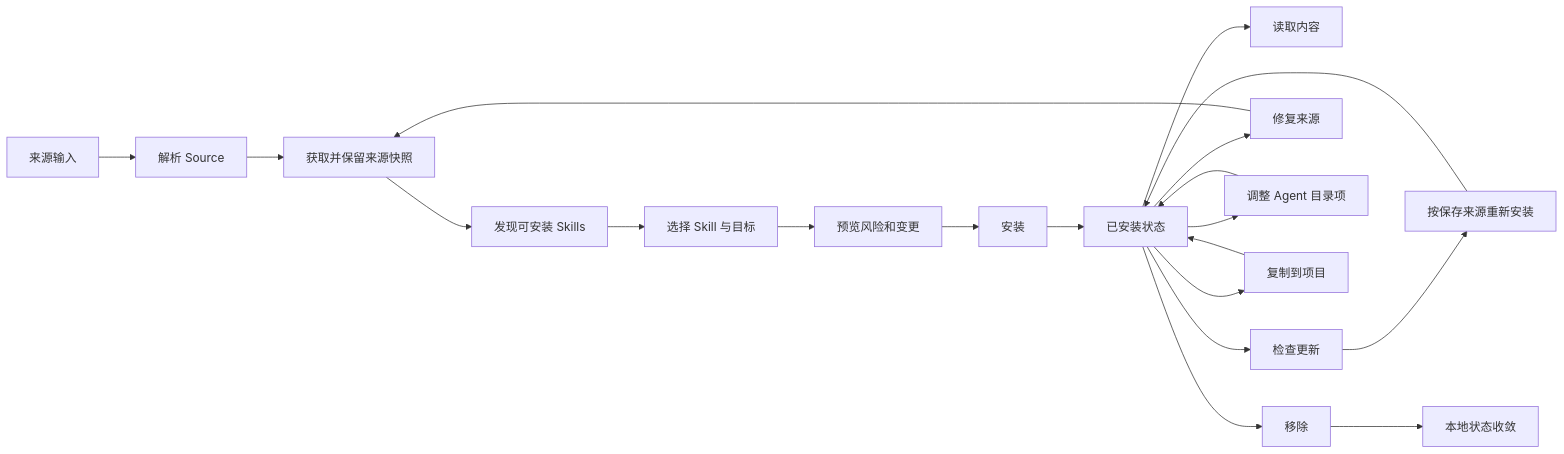
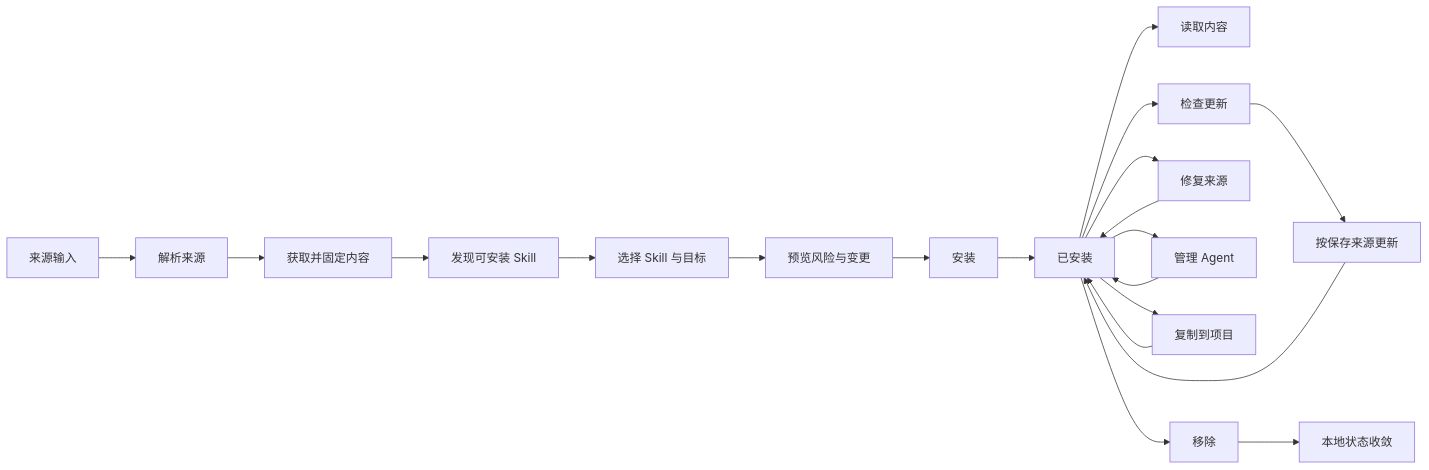
Before and after one commit to Hccake/skill-deck: the diagram in docs/skill-lifecycle.md, drawn with Mermaid. The commit also changed other lines of this file and 3 other files, not shown here.

````diff
--- a/docs/skill-lifecycle.md
+++ b/docs/skill-lifecycle.md
@@ -7,24 +7,24 @@
 ```mermaid
 flowchart LR
-    Input["来源输入"] --> Parse["解析 Source"]
-    Parse --> Acquire["获取并保留来源快照"]
-    Acquire --> Discover["发现可安装 Skills"]
+    Input["来源输入"] --> Parse["解析来源"]
+    Parse --> Acquire["获取并固定内容"]
+    Acquire --> Discover["发现可安装 Skill"]
     Discover --> Select["选择 Skill 与目标"]
-    Select --> Preview["预览风险和变更"]
+    Select --> Preview["预览风险与变更"]
     Preview --> Install["安装"]
-    Install --> Installed["已安装状态"]
+    Install --> Installed["已安装"]
 
     Installed --> Read["读取内容"]
     Installed --> Check["检查更新"]
-    Check --> Reinstall["按保存来源重新安装"]
+    Check --> Update["按保存来源更新"]
     Installed --> Repair["修复来源"]
-    Repair --> Acquire
-    Installed --> Manage["调整 Agent 目录项"]
+    Installed --> Manage["管理 Agent"]
     Installed --> Copy["复制到项目"]
     Installed --> Remove["移除"]
 
-    Reinstall --> Installed
+    Update --> Installed
+    Repair --> Installed
     Manage --> Installed
     Copy --> Installed
     Remove --> End["本地状态收敛"]
 ```
````
